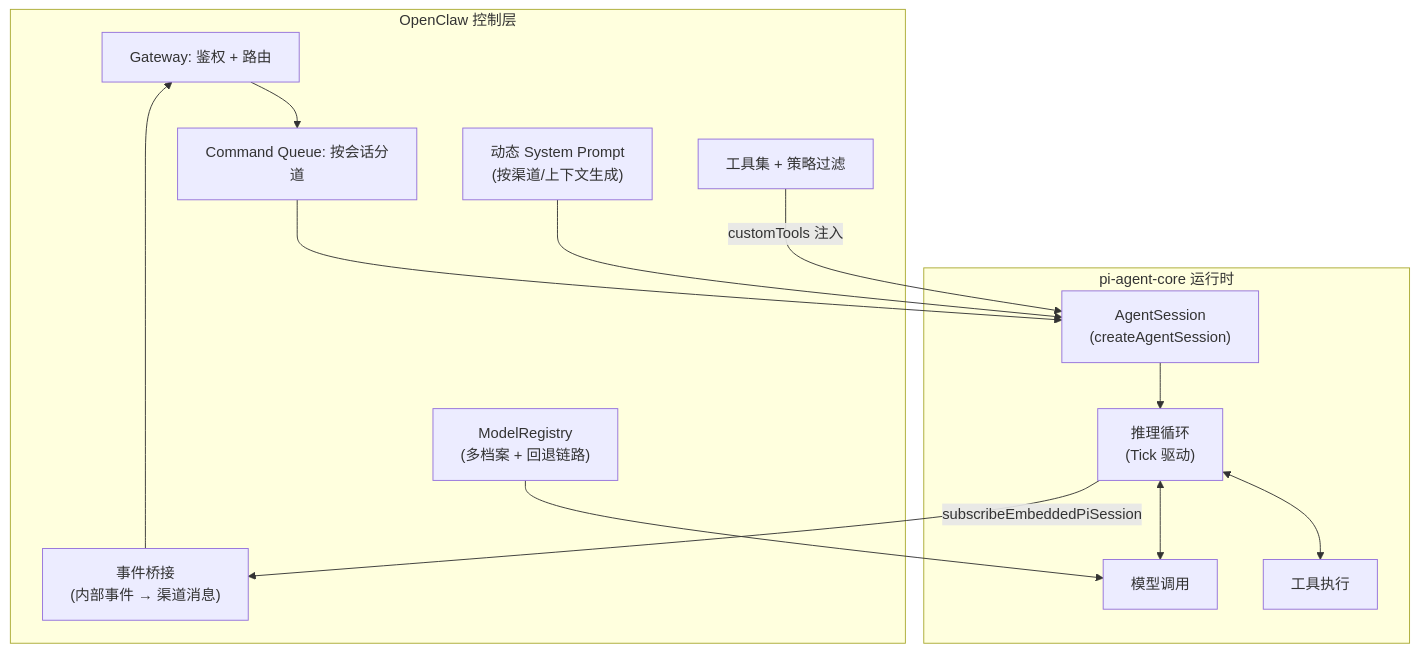
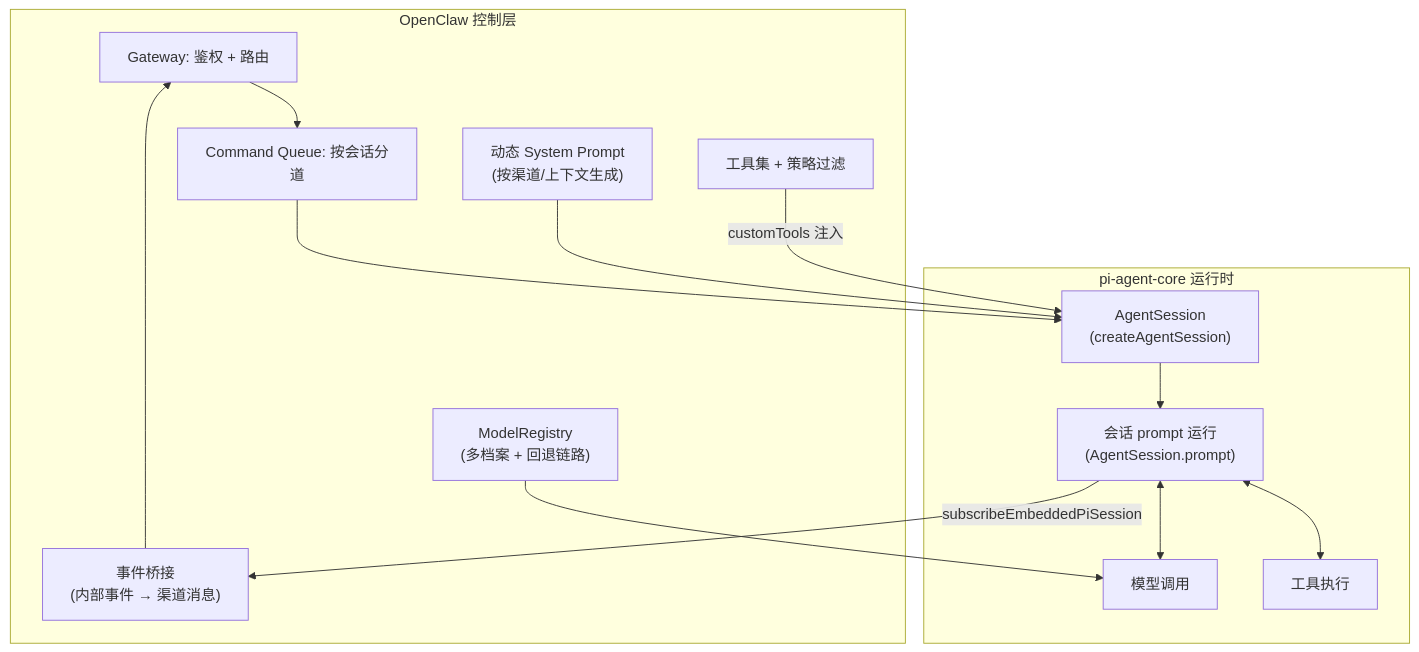
One commit to yeasy/openclaw_guide changed the first of 2 diagrams in 10_agent_loop/10.2_pi_framework.md. Above: the diagram before and after it, drawn with Mermaid. The commit also changed other lines of this file and 53 other files, not shown here.

````diff
--- a/10_agent_loop/10.2_pi_framework.md
+++ b/10_agent_loop/10.2_pi_framework.md
@@ -30,28 +30,28 @@
 ```mermaid
 flowchart TD
   subgraph OpenClaw["OpenClaw 控制层"]
     GW["Gateway: 鉴权 + 路由"]
     Q["Command Queue: 按会话分道"]
     CFG["动态 System Prompt<br/>(按渠道/上下文生成)"]
     TOOLS["工具集 + 策略过滤"]
     MR["ModelRegistry<br/>(多档案 + 回退链路)"]
     EVT["事件桥接<br/>(内部事件 → 渠道消息)"]
   end
 
   subgraph Pi["pi-agent-core 运行时"]
     SES["AgentSession<br/>(createAgentSession)"]
-    LOOP["推理循环<br/>(Tick 驱动)"]
+    LOOP["会话 prompt 运行<br/>(AgentSession.prompt)"]
     LLM["模型调用"]
     TEXEC["工具执行"]
   end
 
   GW --> Q --> SES
   CFG --> SES
   TOOLS -->|"customTools 注入"| SES
   MR --> LLM
   SES --> LOOP
   LOOP <--> LLM
   LOOP <--> TEXEC
   LOOP -->|"subscribeEmbeddedPiSession"| EVT
   EVT --> GW
 ```
````
